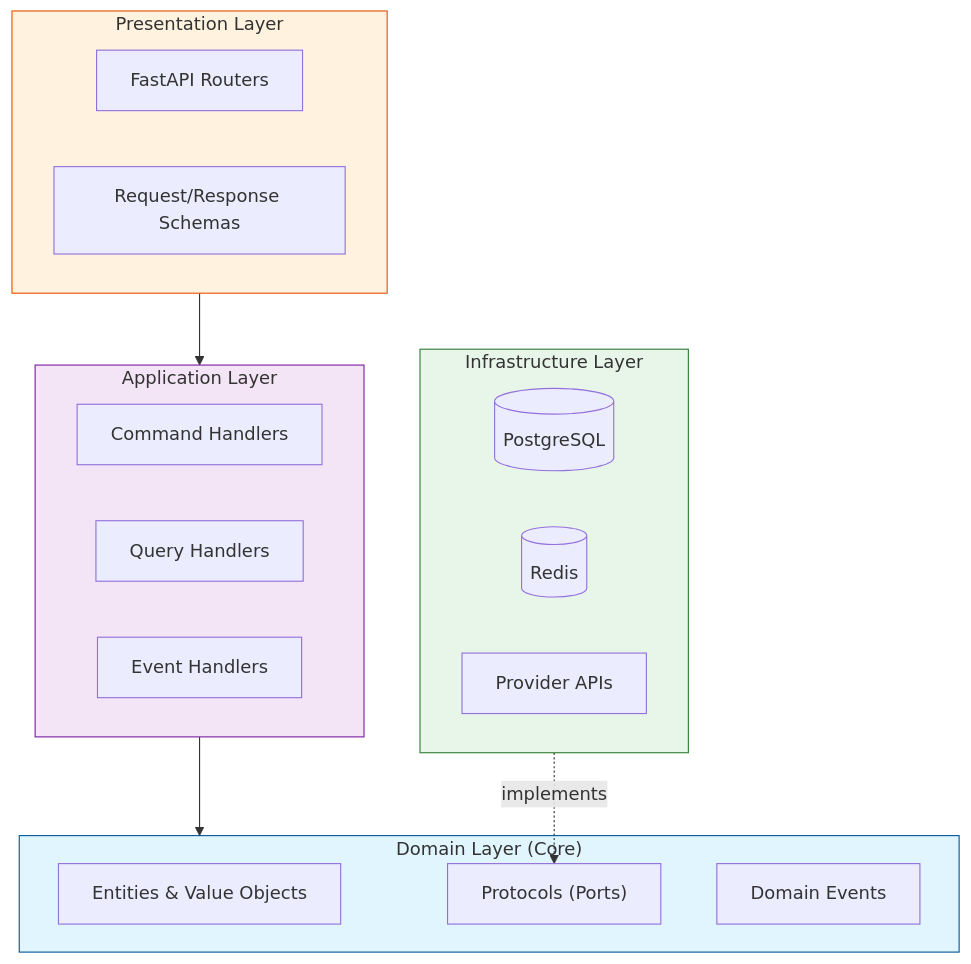
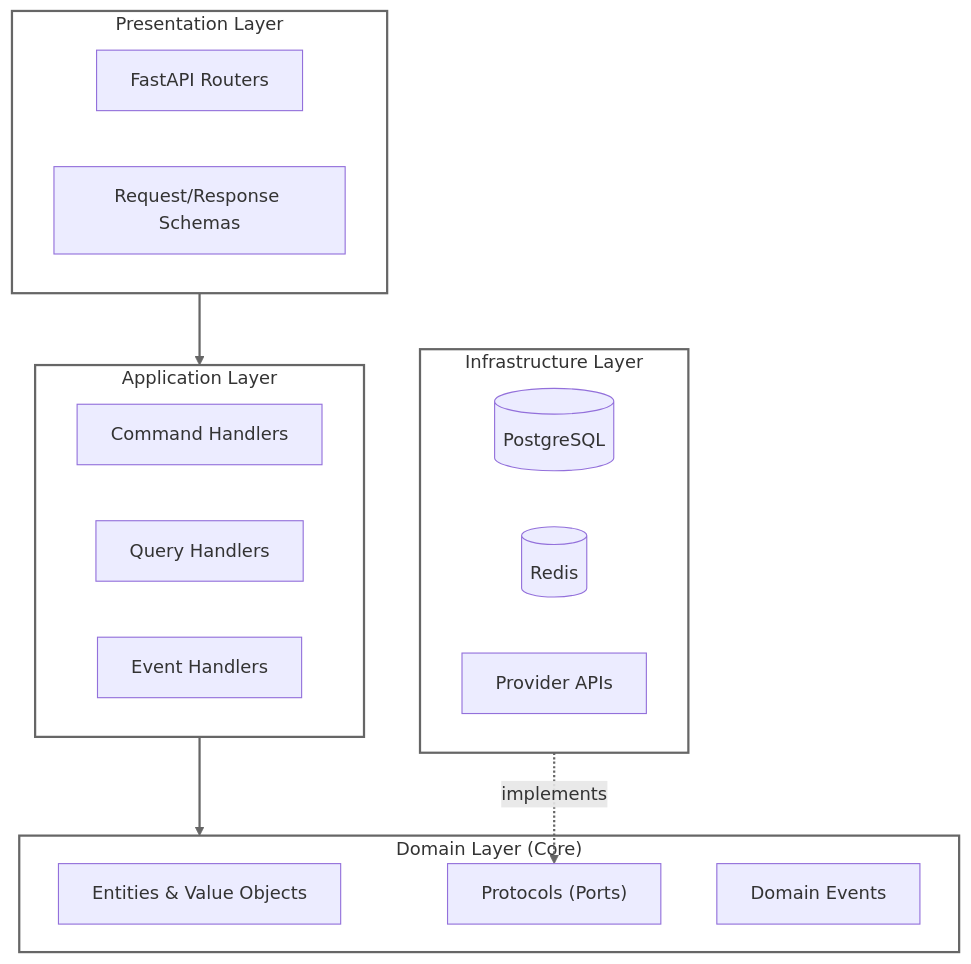
The diagram in README.md (faiyaz7283/dashtam-api), drawn with Mermaid before and after one commit. The commit also changed 9 other files, not shown here.

Commit message:
fix(docs): add section index pages and improve diagram contrast

````diff
--- a/README.md
+++ b/README.md
@@ -23,34 +23,35 @@
 ```mermaid
 flowchart TB
     subgraph Presentation["Presentation Layer"]
         API["FastAPI Routers"]
         Schemas["Request/Response Schemas"]
     end
 
     subgraph Application["Application Layer"]
         Commands["Command Handlers"]
         Queries["Query Handlers"]
         Events["Event Handlers"]
     end
 
     subgraph Domain["Domain Layer (Core)"]
         Entities["Entities & Value Objects"]
         Protocols["Protocols (Ports)"]
         DomainEvents["Domain Events"]
     end
 
     subgraph Infrastructure["Infrastructure Layer"]
         DB[("PostgreSQL")]
         Cache[("Redis")]
         Providers["Provider APIs"]
     end
 
     Presentation --> Application
     Application --> Domain
     Infrastructure -.->|implements| Protocols
 
-    style Domain fill:#e1f5fe,stroke:#01579b
-    style Presentation fill:#fff3e0,stroke:#e65100
-    style Application fill:#f3e5f5,stroke:#7b1fa2
-    style Infrastructure fill:#e8f5e9,stroke:#2e7d32
+    %% Transparent fills, visible borders, darker arrows
+    classDef transparentBox fill:none,stroke:#666,stroke-width:2px
+    class Presentation,Application,Domain,Infrastructure transparentBox
+    
+    linkStyle default stroke:#666,stroke-width:2px
 ```
````
